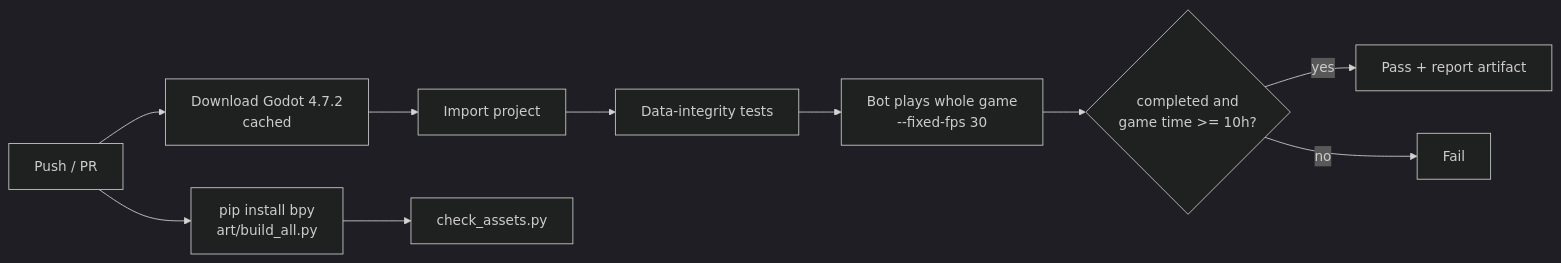
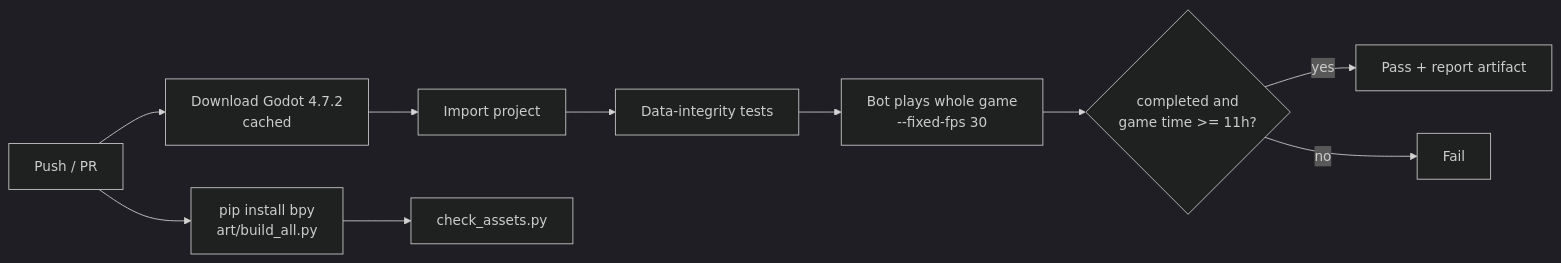
Before and after one commit to jgyy/timegox: diagram 19 of 19 in README.md, drawn with Mermaid (dark theme). The commit also changed other lines of this file and 84 other files, not shown here.

````diff
--- a/README.md
+++ b/README.md
@@ -969,11 +1131,11 @@
 ```mermaid
 flowchart LR
     PR[Push / PR] --> DL[Download Godot 4.7.2<br/>cached]
     DL --> IMP[Import project]
     IMP --> T[Data-integrity tests]
     T --> B[Bot plays whole game<br/>--fixed-fps 30]
-    B --> G{completed and<br/>game time >= 10h?}
+    B --> G{completed and<br/>game time >= 11h?}
     PR --> ART[pip install bpy<br/>art/build_all.py] --> CHK[check_assets.py]
     G -- yes --> OK[Pass + report artifact]
     G -- no --> FAIL[Fail]
 ```
````
